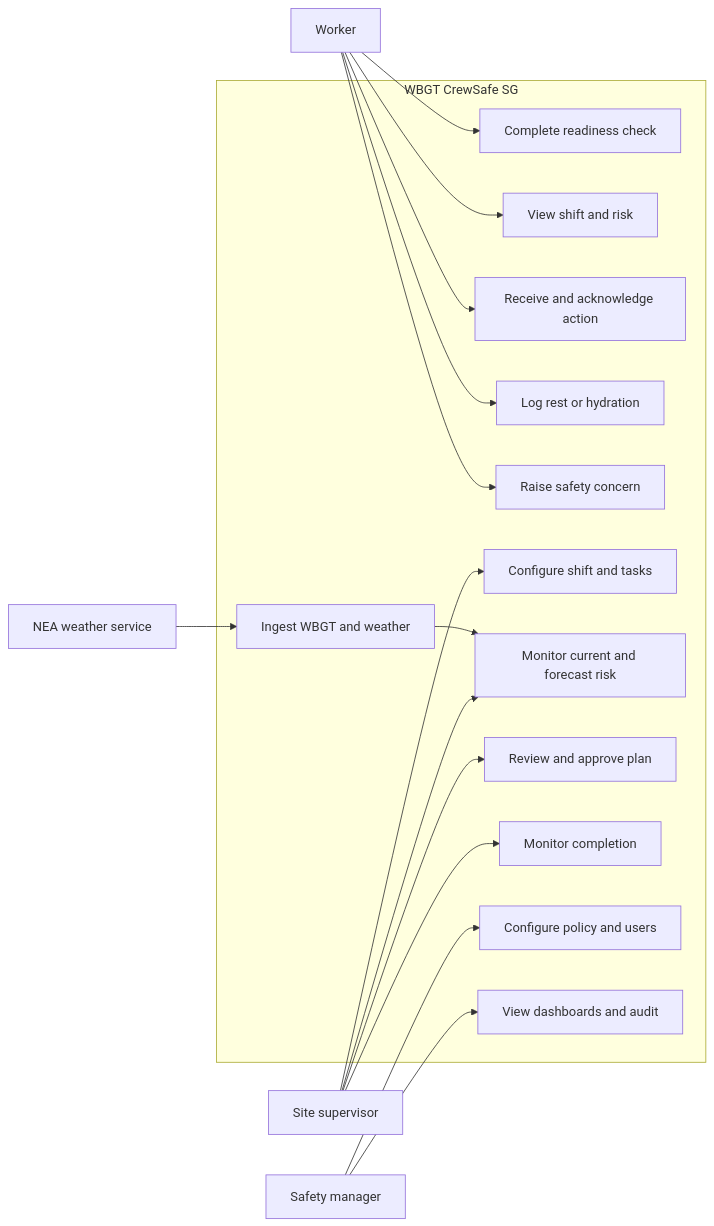
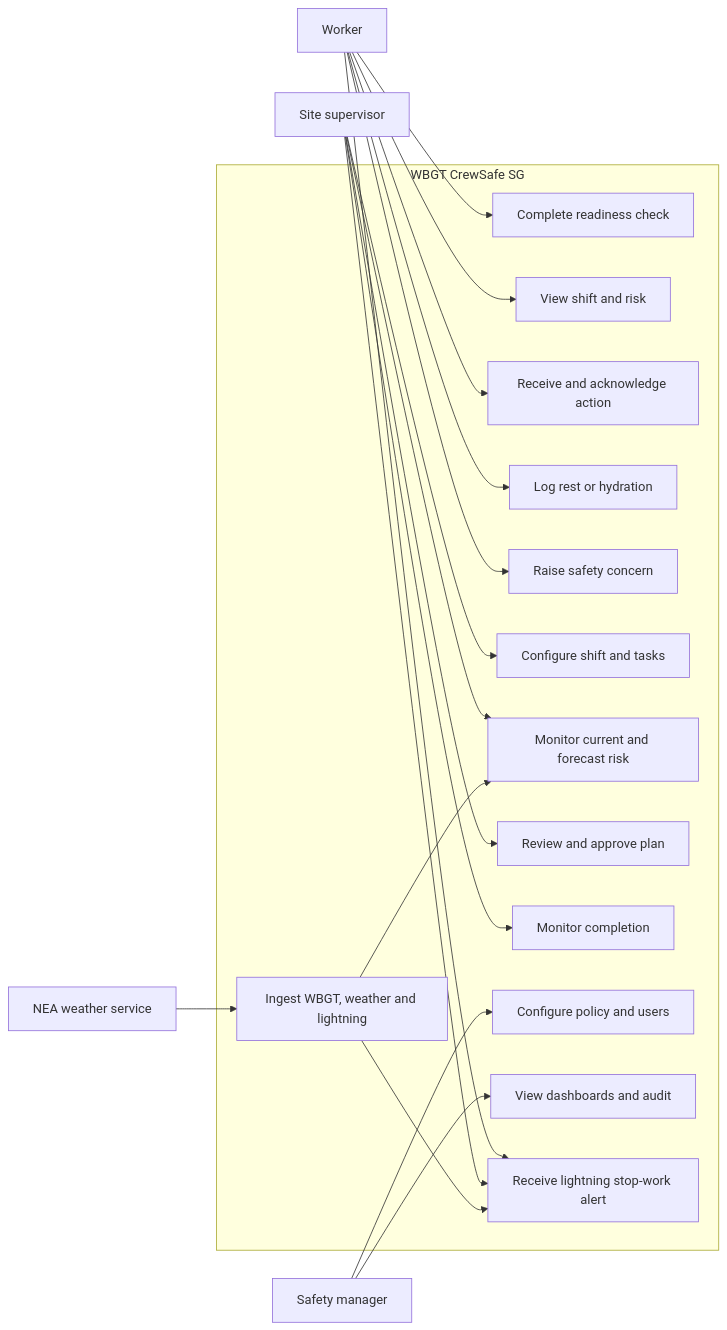
The first of 5 diagrams in WBGT-CrewSafe-SG-AD-Project-Plan.md (zctiong-iss/crewsafe), drawn with Mermaid before and after one commit. The commit also changed other lines of this file and 8 other files, not shown here.

Commit message:
Enhance WBGT CrewSafe SG proposal with lightning risk integration and update related documentation

````diff
--- a/WBGT-CrewSafe-SG-AD-Project-Plan.md
+++ b/WBGT-CrewSafe-SG-AD-Project-Plan.md
@@ -211,36 +214,40 @@
 ```mermaid
 flowchart LR
     W["Worker"]
     S["Site supervisor"]
     M["Safety manager"]
     N["NEA weather service"]
 
     subgraph HS["WBGT CrewSafe SG"]
         UC1["Complete readiness check"]
         UC2["View shift and risk"]
         UC3["Receive and acknowledge action"]
         UC4["Log rest or hydration"]
         UC5["Raise safety concern"]
         UC6["Configure shift and tasks"]
         UC7["Monitor current and forecast risk"]
         UC8["Review and approve plan"]
         UC9["Monitor completion"]
         UC10["Configure policy and users"]
         UC11["View dashboards and audit"]
-        UC12["Ingest WBGT and weather"]
+        UC12["Ingest WBGT, weather and lightning"]
+        UC13["Receive lightning stop-work alert"]
     end
 
     W --> UC1
     W --> UC2
     W --> UC3
     W --> UC4
     W --> UC5
+    W --> UC13
     S --> UC6
     S --> UC7
     S --> UC8
     S --> UC9
+    S --> UC13
     M --> UC10
     M --> UC11
     N --> UC12
     UC12 --> UC7
+    UC12 --> UC13
 ```
````
